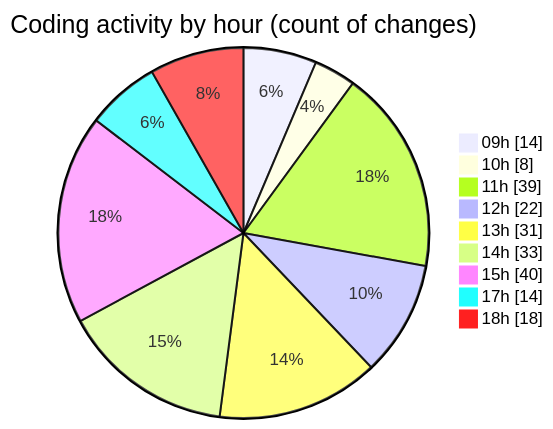
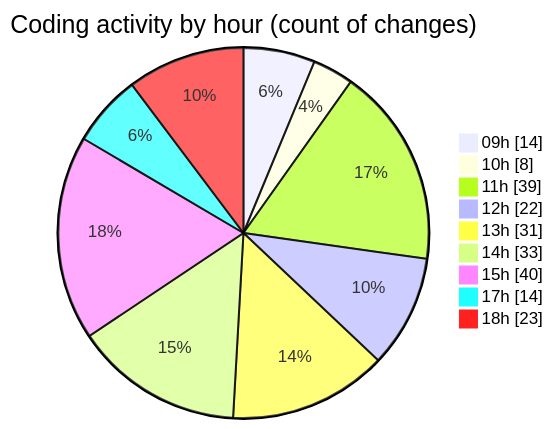
The second of 2 diagrams in 2025-02-07/cda/README.md (momahboobian/code-tracking), drawn with Mermaid before and after one commit. The commit also changed other lines of this file and 1 other file, not shown here.

````diff
--- a/2025-02-07/cda/README.md
+++ b/2025-02-07/cda/README.md
@@ -70,13 +70,13 @@
 ```mermaid
 pie showData
 title Coding activity by hour (count of changes)
 "09h" : 14
 "10h" : 8
 "11h" : 39
 "12h" : 22
 "13h" : 31
 "14h" : 33
 "15h" : 40
 "17h" : 14
-"18h" : 18
+"18h" : 23
 ```
````
